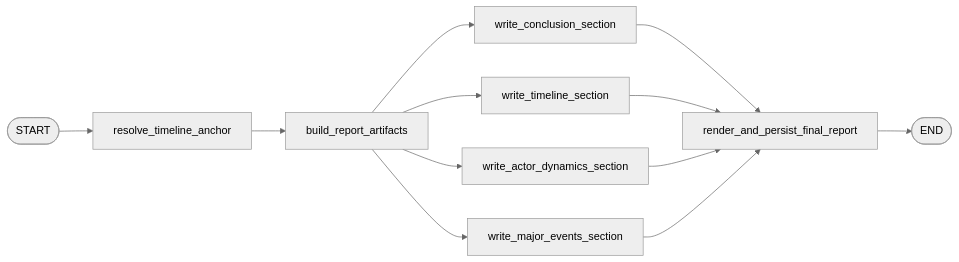
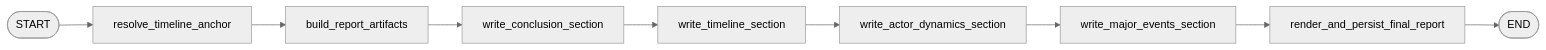
One commit to keonho-kim/simula changed the diagram in docs/workflows/finalization.md. Above: the diagram before and after it, drawn with Mermaid (neutral theme). The commit also changed other lines of this file and 259 other files, not shown here.

````diff
--- a/docs/workflows/finalization.md
+++ b/docs/workflows/finalization.md
@@ -9,14 +9,11 @@
 ```mermaid
 flowchart LR
     Start([START]) --> Anchor["resolve_timeline_anchor"]
     Anchor --> Artifacts["build_report_artifacts"]
     Artifacts --> Conclusion["write_conclusion_section"]
-    Artifacts --> Timeline["write_timeline_section"]
-    Artifacts --> Dynamics["write_actor_dynamics_section"]
-    Artifacts --> Events["write_major_events_section"]
-    Conclusion --> Render["render_and_persist_final_report"]
-    Timeline --> Render
-    Dynamics --> Render
-    Events --> Render
+    Conclusion --> Timeline["write_timeline_section"]
+    Timeline --> Dynamics["write_actor_dynamics_section"]
+    Dynamics --> Events["write_major_events_section"]
+    Events --> Render["render_and_persist_final_report"]
     Render --> End([END])
 ```
````
